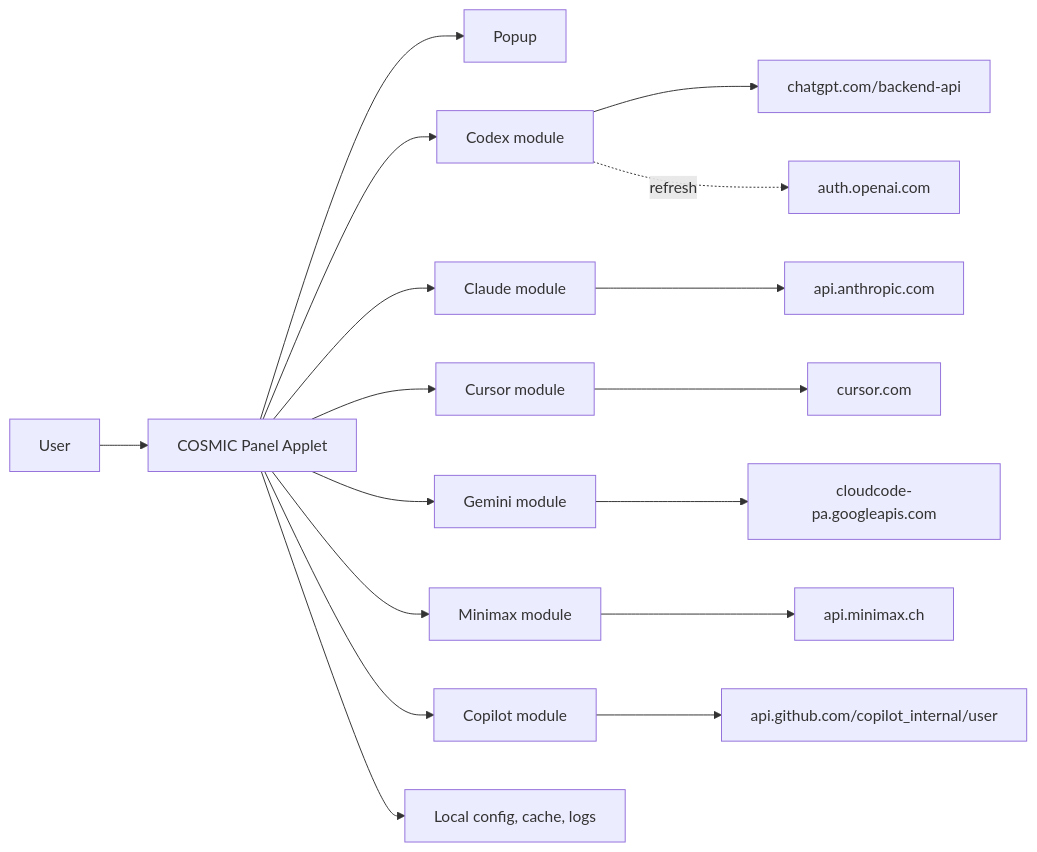
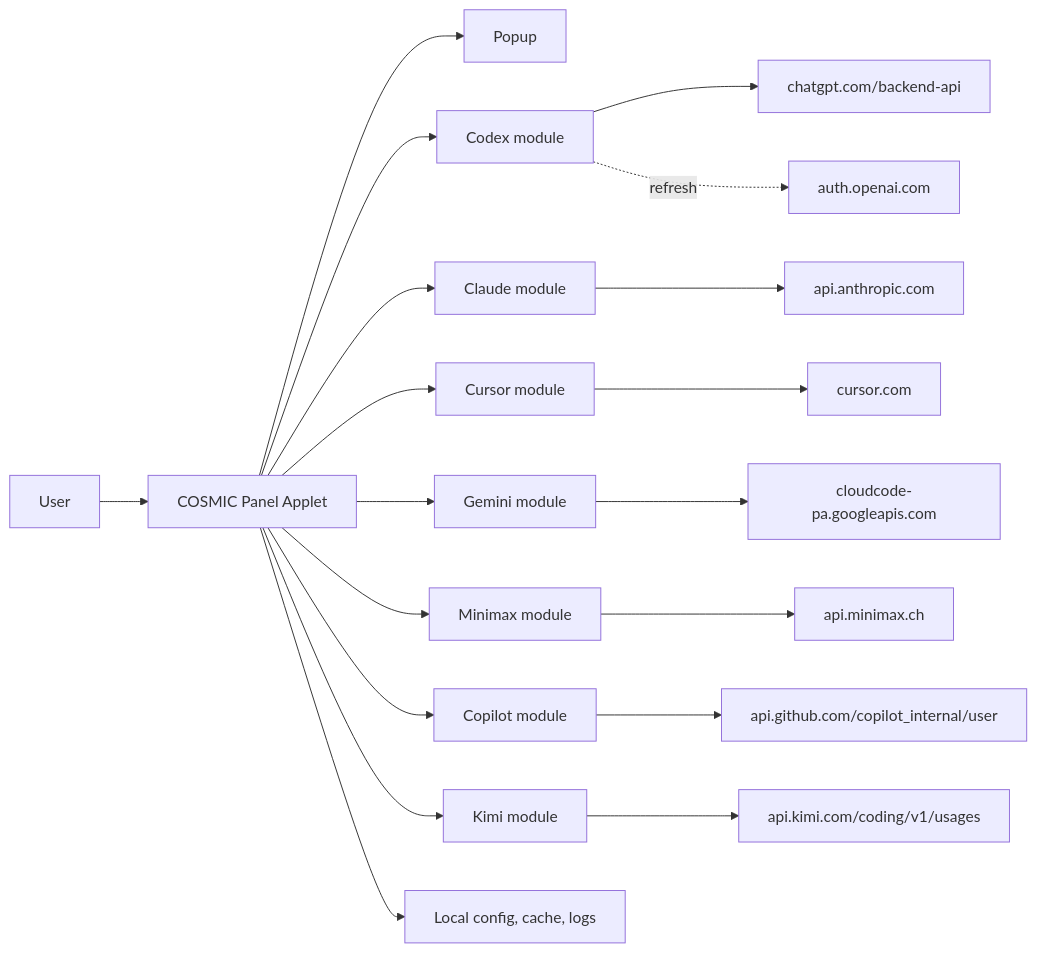
One commit to Phototonic/yapcap changed the first of 2 diagrams in docs/spec.md. Above: the diagram before and after it, drawn with Mermaid. The commit also changed other lines of this file and 26 other files, not shown here.

````diff
--- a/docs/spec.md
+++ b/docs/spec.md
@@ -67,19 +69,21 @@
 ```mermaid
 flowchart LR
     User[User] --> Panel[COSMIC Panel Applet]
     Panel --> Popup[Popup]
     Panel --> Codex[Codex module]
     Panel --> Claude[Claude module]
     Panel --> Cursor[Cursor module]
     Panel --> Gemini[Gemini module]
     Panel --> Minimax[Minimax module]
     Panel --> Copilot[Copilot module]
+    Panel --> Kimi[Kimi module]
     Codex --> OpenAI[chatgpt.com/backend-api]
     Codex -.refresh.-> OpenAIAuth[auth.openai.com]
     Claude --> Anthropic[api.anthropic.com]
     Cursor --> CursorAPI[cursor.com]
     Gemini --> GeminiAPI[cloudcode-pa.googleapis.com]
     Minimax --> MinimaxAPI[api.minimax.ch]
     Copilot --> GitHubCopilot[api.github.com/copilot_internal/user]
+    Kimi --> KimiAPI[api.kimi.com/coding/v1/usages]
     Panel --> Local[Local config, cache, logs]
 ```
````
